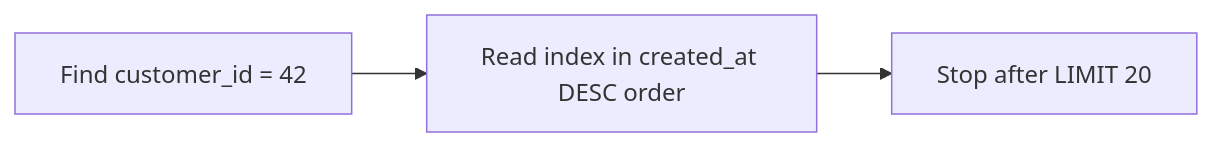
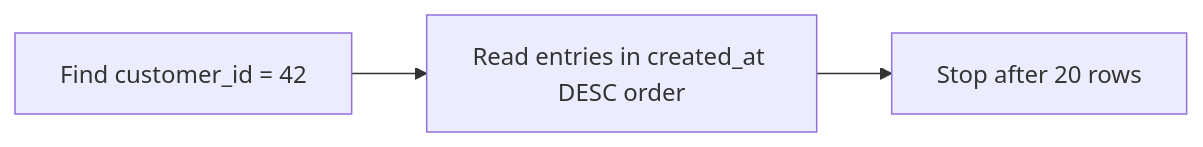
One commit to AvadhBhalodiya/Interview-Preparation changed the third of 5 diagrams in src/content/databases/indexing-btree.md. Above: the diagram before and after it, drawn with Mermaid. The commit also changed other lines of this file and 80 other files, not shown here.

````diff
--- a/src/content/databases/indexing-btree.md
+++ b/src/content/databases/indexing-btree.md
@@ -278,5 +232,5 @@
 ```mermaid
 flowchart LR
-    A["Find customer_id = 42"] --> B["Read index in created_at DESC order"]
-    B --> C["Stop after LIMIT 20"]
+    A[Find customer_id = 42] --> B[Read entries in created_at DESC order]
+    B --> C[Stop after 20 rows]
 ```
````
